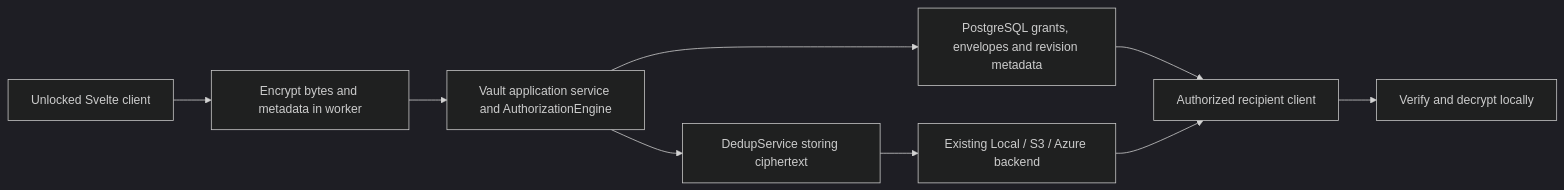
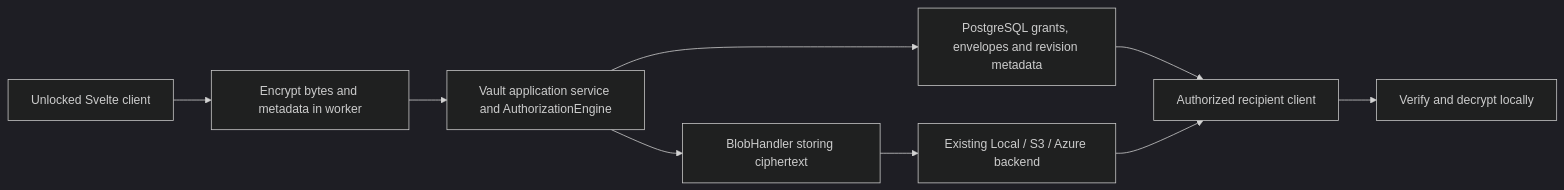
One commit to AtalayaLabs/OxiCloud changed the diagram in docs/plan/vault-e2ee.md. Above: the diagram before and after it, drawn with Mermaid (dark theme). The commit also changed other lines of this file, not shown here.

````diff
--- a/docs/plan/vault-e2ee.md
+++ b/docs/plan/vault-e2ee.md
@@ -79,11 +80,11 @@
 ```mermaid
 flowchart LR
   A[Unlocked Svelte client] --> B[Encrypt bytes and metadata in worker]
   B --> C[Vault application service and AuthorizationEngine]
-  C --> D[DedupService storing ciphertext]
+  C --> D[BlobHandler storing ciphertext]
   D --> E[Existing Local / S3 / Azure backend]
   C --> F[PostgreSQL grants, envelopes and revision metadata]
   F --> G[Authorized recipient client]
   E --> G
   G --> H[Verify and decrypt locally]
 ```
````
